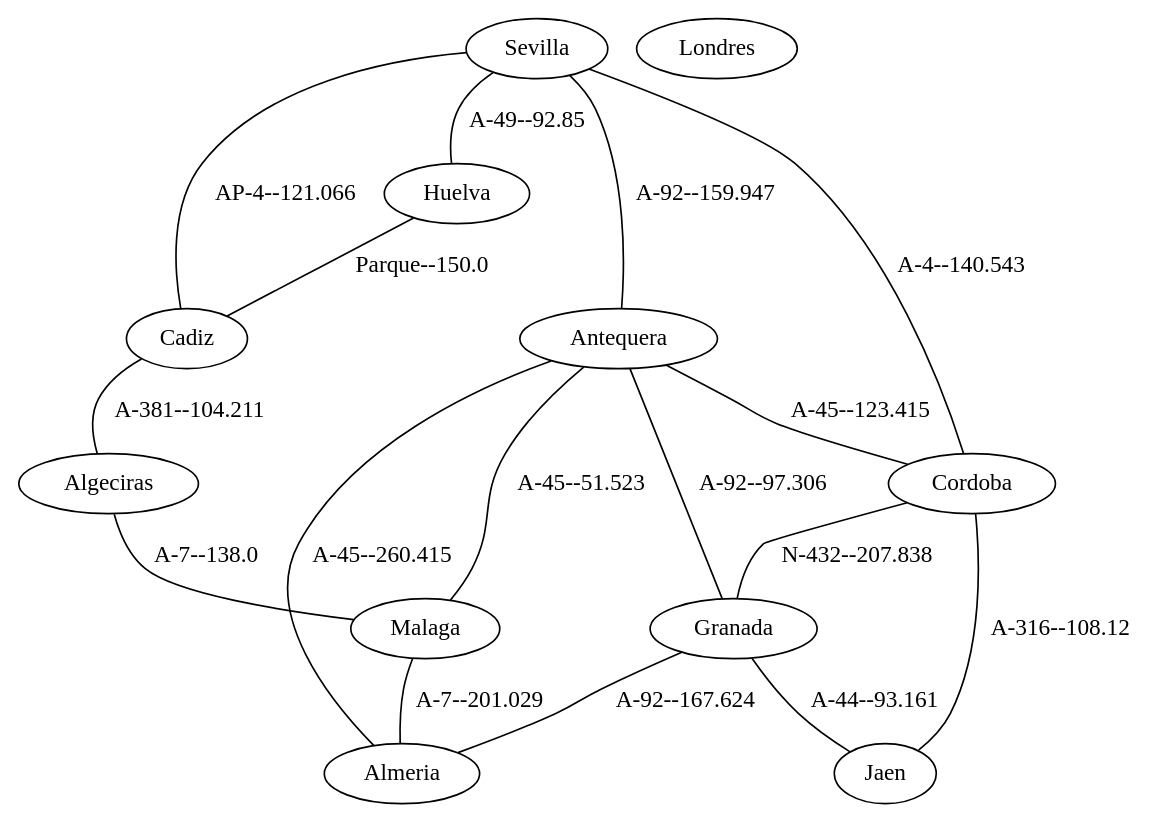
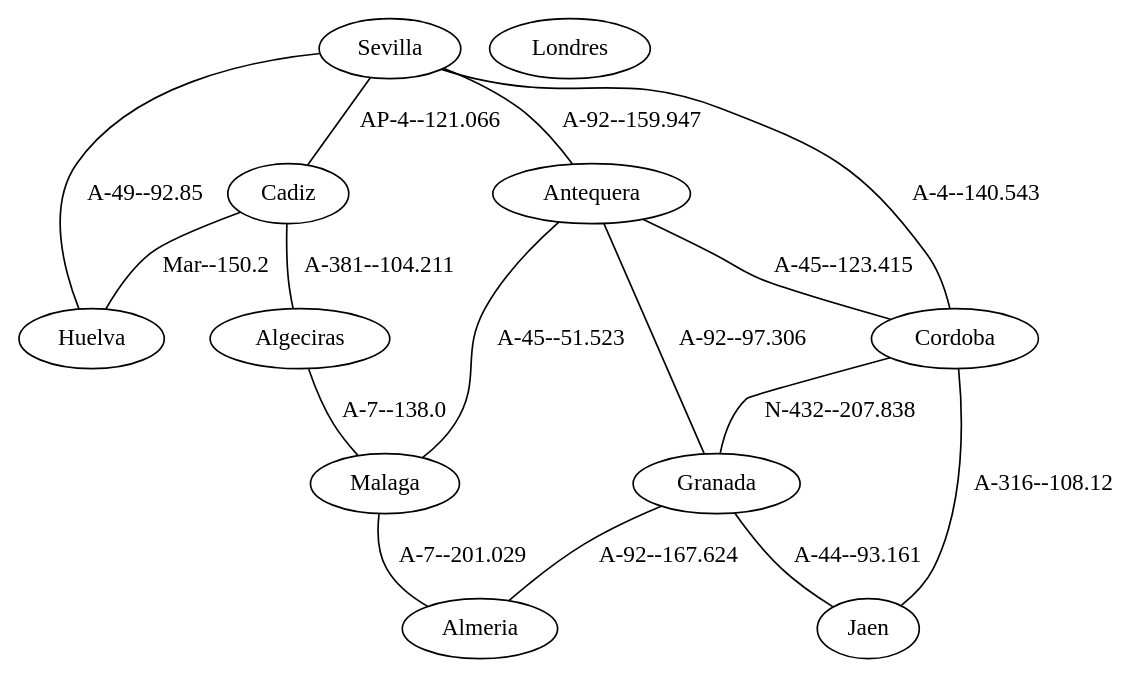
One commit to migueltoro/ada_v2_18 changed the diagram in java/EjemplosDeGrafos/ficheros/andalucia.gv. Above: the diagram before and after it, drawn with Graphviz. The commit also changed 250 other files, not shown here.

```diff
--- a/java/EjemplosDeGrafos/ficheros/andalucia.gv
+++ b/java/EjemplosDeGrafos/ficheros/andalucia.gv
@@ -1,29 +1,28 @@
 strict graph G {
   1 [ label="Sevilla" ];
   2 [ label="Cadiz" ];
   3 [ label="Huelva" ];
   4 [ label="Cordoba" ];
   5 [ label="Malaga" ];
   6 [ label="Antequera" ];
   7 [ label="Almeria" ];
   8 [ label="Granada" ];
   9 [ label="Jaen" ];
   10 [ label="Algeciras" ];
   11 [ label="Londres" ];
+  2 -- 3 [ label="Mar--150.2" ];
   1 -- 3 [ label="A-49--92.85" ];
   1 -- 4 [ label="A-4--140.543" ];
   1 -- 2 [ label="AP-4--121.066" ];
   1 -- 6 [ label="A-92--159.947" ];
-  3 -- 2 [ label="Parque--150.0" ];
   6 -- 8 [ label="A-92--97.306" ];
   6 -- 5 [ label="A-45--51.523" ];
   6 -- 4 [ label="A-45--123.415" ];
-  6 -- 7 [ label="A-45--260.415" ];
   5 -- 7 [ label="A-7--201.029" ];
   4 -- 9 [ label="A-316--108.12" ];
   4 -- 8 [ label="N-432--207.838" ];
   8 -- 7 [ label="A-92--167.624" ];
   8 -- 9 [ label="A-44--93.161" ];
   2 -- 10 [ label="A-381--104.211" ];
   10 -- 5 [ label="A-7--138.0" ];
 }
```
